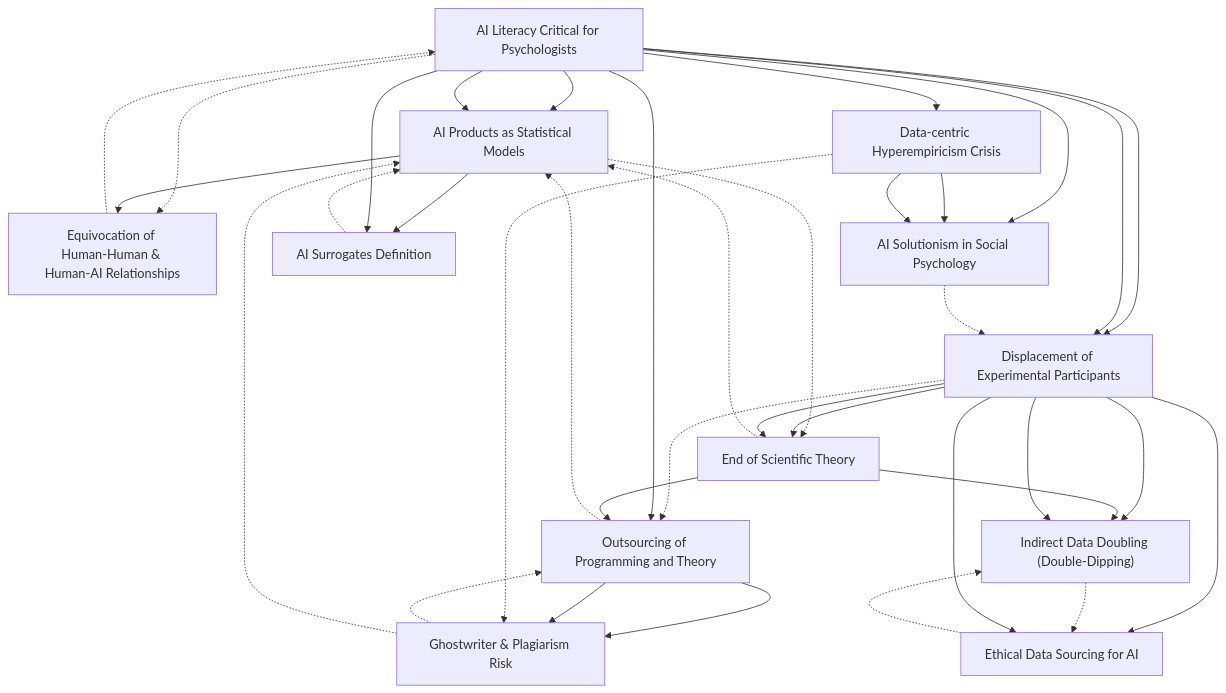
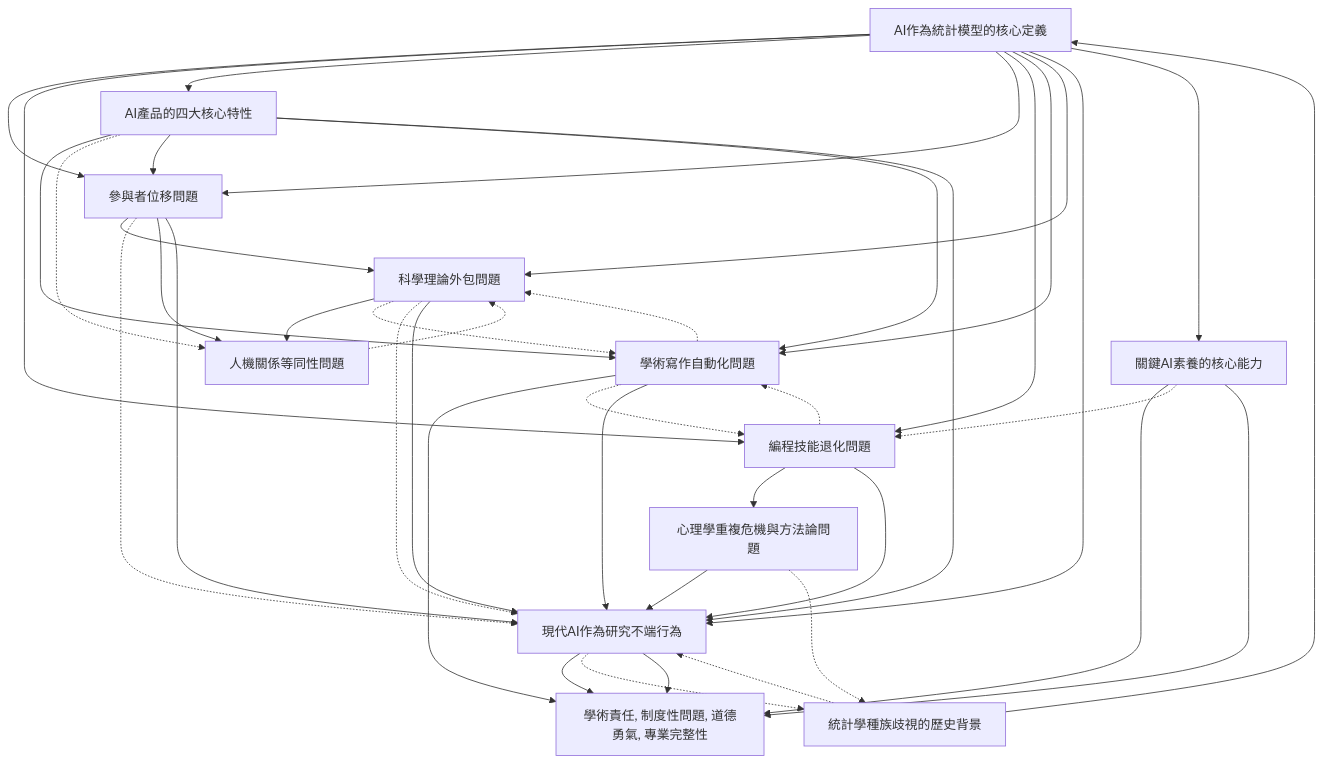
One commit to SCgeeker/Claude_Journal_Club_Agents changed the diagram in output/zettelkasten_notes/zettel_Guest-2025a_20251031/zettel_index.md. Above: the diagram before and after it, drawn with Mermaid. The commit also changed other lines of this file and 70 other files, not shown here.

````diff
--- a/output/zettelkasten_notes/zettel_Guest-2025a_20251031/zettel_index.md
+++ b/output/zettelkasten_notes/zettel_Guest-2025a_20251031/zettel_index.md
@@ -103,45 +103,39 @@
 ```mermaid
 graph TD
 
-    CogSci-20251031-001["AI Literacy Critical for Psychologists"]
+    CogSci-20251031-001["AI作為統計模型的核心定義"]
 
-    CogSci-20251031-002["AI Products as Statistical Models"]
+    CogSci-20251031-002["AI產品的四大核心特性"]
 
-    CogSci-20251031-003["Displacement of Experimental Participants"]
+    CogSci-20251031-003["參與者位移問題"]
 
-    CogSci-20251031-004["Outsourcing of Programming and Theory"]
+    CogSci-20251031-004["編程技能退化問題"]
 
-    CogSci-20251031-005["Ghostwriter & Plagiarism Risk"]
+    CogSci-20251031-005["學術寫作自動化問題"]
 
-    CogSci-20251031-006["End of Scientific Theory"]
+    CogSci-20251031-006["科學理論外包問題"]
 
-    CogSci-20251031-007["Equivocation of Human‑Human & Human‑AI Relationships"]
+    CogSci-20251031-007["人機關係等同性問題"]
 
-    CogSci-20251031-008["Data‑centric Hyperempiricism Crisis"]
+    CogSci-20251031-008["現代AI作為研究不端行為"]
 
-    CogSci-20251031-009["AI Solutionism in Social Psychology"]
+    CogSci-20251031-009["統計學種族歧視的歷史背景"]
 
-    CogSci-20251031-010["AI Surrogates Definition"]
+    CogSci-20251031-010["心理學重複危機與方法論問題"]
 
-    CogSci-20251031-011["Indirect Data Doubling (Double‑Dipping)"]
+    CogSci-20251031-011["關鍵AI素養的核心能力"]
 
-    CogSci-20251031-012["Ethical Data Sourcing for AI"]
+    CogSci-20251031-012["學術責任, 制度性問題, 道德勇氣, 專業完整性"]
 
 
 
 
 
 
-    CogSci-20251031-001 --> CogSci-20251031-002
-
     CogSci-20251031-001 --> CogSci-20251031-003
 
-    CogSci-20251031-001 --> CogSci-20251031-009
+    CogSci-20251031-001 --> CogSci-20251031-004
 
-
-
-
-    CogSci-20251031-001 -.-> CogSci-20251031-007
 
 
 
@@ -152,12 +146,12 @@
 
 
 
-    CogSci-20251031-002 --> CogSci-20251031-010
+    CogSci-20251031-002 --> CogSci-20251031-005
 
 
 
 
-    CogSci-20251031-002 -.-> CogSci-20251031-006
+    CogSci-20251031-002 -.-> CogSci-20251031-007
 
 
 
@@ -165,19 +159,17 @@
 
     CogSci-20251031-001 --> CogSci-20251031-003
 
+    CogSci-20251031-002 --> CogSci-20251031-003
+
 
 
 
     CogSci-20251031-003 --> CogSci-20251031-006
 
-    CogSci-20251031-003 --> CogSci-20251031-011
-
-    CogSci-20251031-003 --> CogSci-20251031-012
 
 
 
-
-    CogSci-20251031-003 -.-> CogSci-20251031-004
+    CogSci-20251031-003 -.-> CogSci-20251031-008
 
 
 
@@ -188,56 +180,62 @@
 
 
 
-    CogSci-20251031-004 --> CogSci-20251031-005
+    CogSci-20251031-004 --> CogSci-20251031-010
 
 
 
 
-    CogSci-20251031-004 -.-> CogSci-20251031-002
+    CogSci-20251031-004 -.-> CogSci-20251031-005
 
 
 
 
 
-    CogSci-20251031-004 --> CogSci-20251031-005
+    CogSci-20251031-001 --> CogSci-20251031-005
 
+    CogSci-20251031-002 --> CogSci-20251031-005
+
+
+
+
+    CogSci-20251031-005 --> CogSci-20251031-012
 
 
 
 
     CogSci-20251031-005 -.-> CogSci-20251031-004
 
-    CogSci-20251031-005 -.-> CogSci-20251031-002
+    CogSci-20251031-005 -.-> CogSci-20251031-006
 
 
 
 
 
-    CogSci-20251031-003 --> CogSci-20251031-006
+    CogSci-20251031-001 --> CogSci-20251031-006
 
 
 
 
-    CogSci-20251031-006 --> CogSci-20251031-004
-
-    CogSci-20251031-006 --> CogSci-20251031-011
+    CogSci-20251031-006 --> CogSci-20251031-007
 
 
 
 
-    CogSci-20251031-006 -.-> CogSci-20251031-002
+    CogSci-20251031-006 -.-> CogSci-20251031-005
+
+    CogSci-20251031-006 -.-> CogSci-20251031-008
 
 
 
 
 
-    CogSci-20251031-002 --> CogSci-20251031-007
+    CogSci-20251031-003 --> CogSci-20251031-007
 
 
 
 
 
-    CogSci-20251031-007 -.-> CogSci-20251031-001
+    CogSci-20251031-007 -.-> CogSci-20251031-006
 
 
 
@@ -245,64 +243,76 @@
 
     CogSci-20251031-001 --> CogSci-20251031-008
 
+    CogSci-20251031-002 --> CogSci-20251031-008
 
+    CogSci-20251031-003 --> CogSci-20251031-008
 
+    CogSci-20251031-004 --> CogSci-20251031-008
 
-    CogSci-20251031-008 --> CogSci-20251031-009
+    CogSci-20251031-005 --> CogSci-20251031-008
+
+    CogSci-20251031-006 --> CogSci-20251031-008
 
 
 
 
-    CogSci-20251031-008 -.-> CogSci-20251031-005
+    CogSci-20251031-008 --> CogSci-20251031-012
+
+
+
+
+    CogSci-20251031-008 -.-> CogSci-20251031-009
 
 
 
 
 
-    CogSci-20251031-008 --> CogSci-20251031-009
+
+    CogSci-20251031-009 --> CogSci-20251031-001
+
+
+
+
+    CogSci-20251031-009 -.-> CogSci-20251031-008
 
 
 
 
 
-    CogSci-20251031-009 -.-> CogSci-20251031-003
+
+    CogSci-20251031-010 --> CogSci-20251031-008
+
+
+
+
+    CogSci-20251031-010 -.-> CogSci-20251031-009
 
 
 
 
 
-    CogSci-20251031-001 --> CogSci-20251031-010
+    CogSci-20251031-001 --> CogSci-20251031-011
+
+
+
+
+    CogSci-20251031-011 --> CogSci-20251031-012
+
+
+
+
+    CogSci-20251031-011 -.-> CogSci-20251031-004
 
 
 
 
 
-    CogSci-20251031-010 -.-> CogSci-20251031-002
+    CogSci-20251031-008 --> CogSci-20251031-012
+
+    CogSci-20251031-011 --> CogSci-20251031-012
 
 
 
 
 
-    CogSci-20251031-003 --> CogSci-20251031-011
-
-
-
-
-
-    CogSci-20251031-011 -.-> CogSci-20251031-012
-
-
-
-
-
-    CogSci-20251031-003 --> CogSci-20251031-012
-
-
-
-
-
-    CogSci-20251031-012 -.-> CogSci-20251031-011
-
-
-
 ```
````
